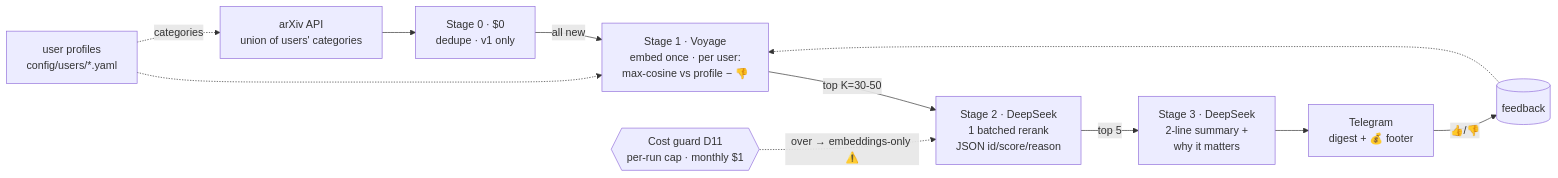
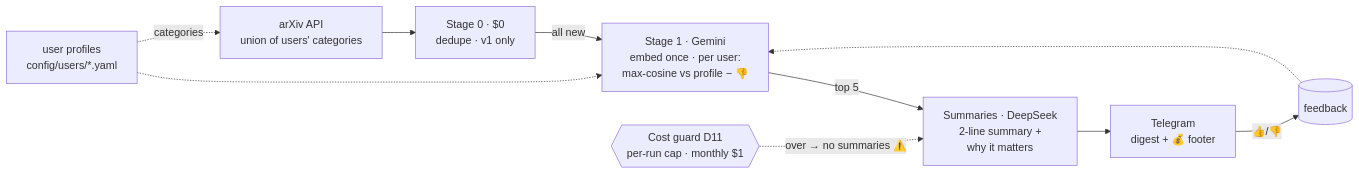
Before and after one commit to Matcry12/Newsloader: the first of 2 diagrams in docs/architecture.md, drawn with Mermaid. The commit also changed other lines of this file and 16 other files, not shown here.

First line of the commit message:
feat: Gemini ranking, DeepSeek summaries, Telegram sender, arXiv fetch

````diff
--- a/docs/architecture.md
+++ b/docs/architecture.md
@@ -4,13 +4,12 @@
 ```mermaid
 flowchart LR
     A[arXiv API<br/>union of users' categories] --> S0
     S0[Stage 0 · $0<br/>dedupe · v1 only] -->|all new| S1
-    S1[Stage 1 · Voyage<br/>embed once · per user:<br/>max-cosine vs profile − 👎] -->|top K=30-50| S2
-    S2[Stage 2 · DeepSeek<br/>1 batched rerank<br/>JSON id/score/reason] -->|top 5| S3
-    S3[Stage 3 · DeepSeek<br/>2-line summary +<br/>why it matters] --> T[Telegram<br/>digest + 💰 footer]
+    S1[Stage 1 · Gemini<br/>embed once · per user:<br/>max-cosine vs profile − 👎] -->|top 5| S3
+    S3[Summaries · DeepSeek<br/>2-line summary +<br/>why it matters] --> T[Telegram<br/>digest + 💰 footer]
     T -->|👍/👎| FB[(feedback)]
     FB -.-> S1
     I[user profiles<br/>config/users/*.yaml] -.-> S1
     I -.->|categories| A
-    G{{Cost guard D11<br/>per-run cap · monthly $1}} -.->|over → embeddings-only ⚠️| S2
+    G{{Cost guard D11<br/>per-run cap · monthly $1}} -.->|over → no summaries ⚠️| S3
 ```
````
